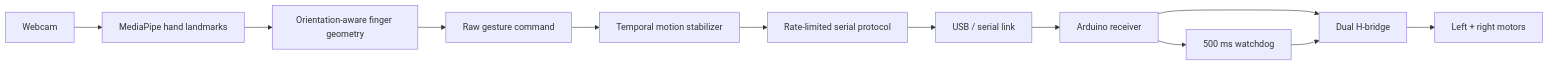
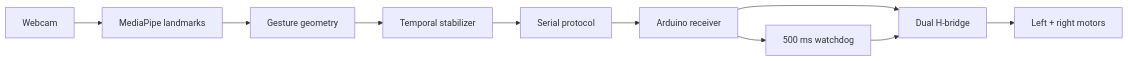
Before and after one commit to VivekVRobo/gesture-controlled-robot: the diagram in README.md, drawn with Mermaid. The commit also changed other lines of this file, not shown here.

````diff
--- a/README.md
+++ b/README.md
@@ -23,14 +25,12 @@
 ```mermaid
 flowchart LR
-    C[Webcam] --> MP[MediaPipe hand landmarks]
-    MP --> G[Orientation-aware finger geometry]
-    G --> RAW[Raw gesture command]
-    RAW --> ST[Temporal motion stabilizer]
-    ST --> P[Rate-limited serial protocol]
-    P --> S[USB / serial link]
-    S --> A[Arduino receiver]
+    C[Webcam] --> MP[MediaPipe landmarks]
+    MP --> G[Gesture geometry]
+    G --> ST[Temporal stabilizer]
+    ST --> P[Serial protocol]
+    P --> A[Arduino receiver]
     A --> H[Dual H-bridge]
     H --> M[Left + right motors]
     A --> W[500 ms watchdog]
     W --> H
 ```
````
